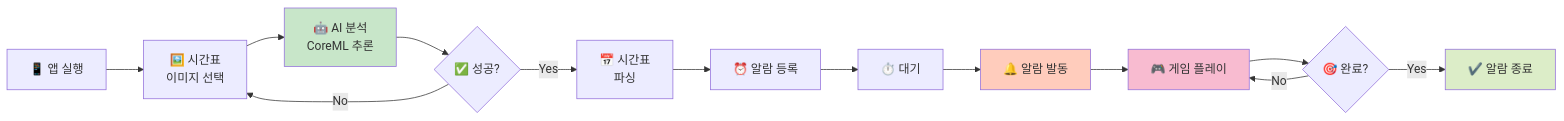
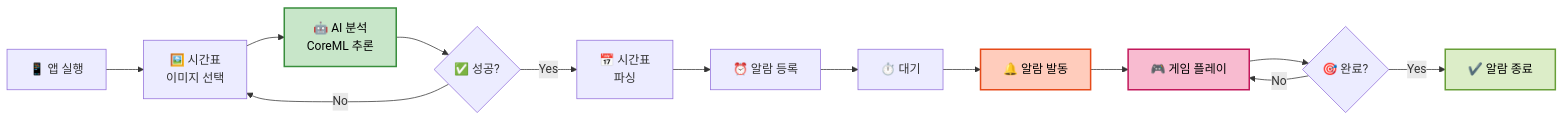
One commit to Jaehyeon-kr/Every_Alarm changed the third of 6 diagrams in README.md. Above: the diagram before and after it, drawn with Mermaid. The commit also changed other lines of this file, not shown here.

````diff
--- a/README.md
+++ b/README.md
@@ -171,20 +171,20 @@
 ```mermaid
 flowchart LR
     A[📱 앱 실행] --> B[🖼️ 시간표<br/>이미지 선택]
     B --> C[🤖 AI 분석<br/>CoreML 추론]
     C --> D{✅ 성공?}
     D -->|Yes| E[📅 시간표<br/>파싱]
     D -->|No| B
     E --> F[⏰ 알람 등록]
     F --> G[⏱️ 대기]
     G --> H[🔔 알람 발동]
     H --> I[🎮 게임 플레이]
     I --> J{🎯 완료?}
     J -->|No| I
     J -->|Yes| K[✔️ 알람 종료]
 
-    style C fill:#c8e6c9
-    style H fill:#ffccbc
-    style I fill:#f8bbd0
-    style K fill:#dcedc8
+    style C fill:#c8e6c9,stroke:#388e3c,stroke-width:2px,color:#000
+    style H fill:#ffccbc,stroke:#e64a19,stroke-width:2px,color:#000
+    style I fill:#f8bbd0,stroke:#c2185b,stroke-width:2px,color:#000
+    style K fill:#dcedc8,stroke:#689f38,stroke-width:2px,color:#000
 ```
````
